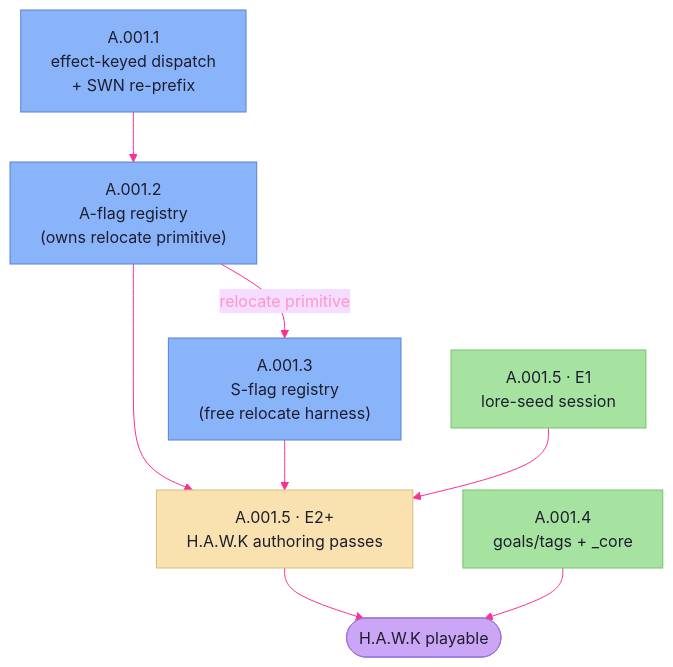
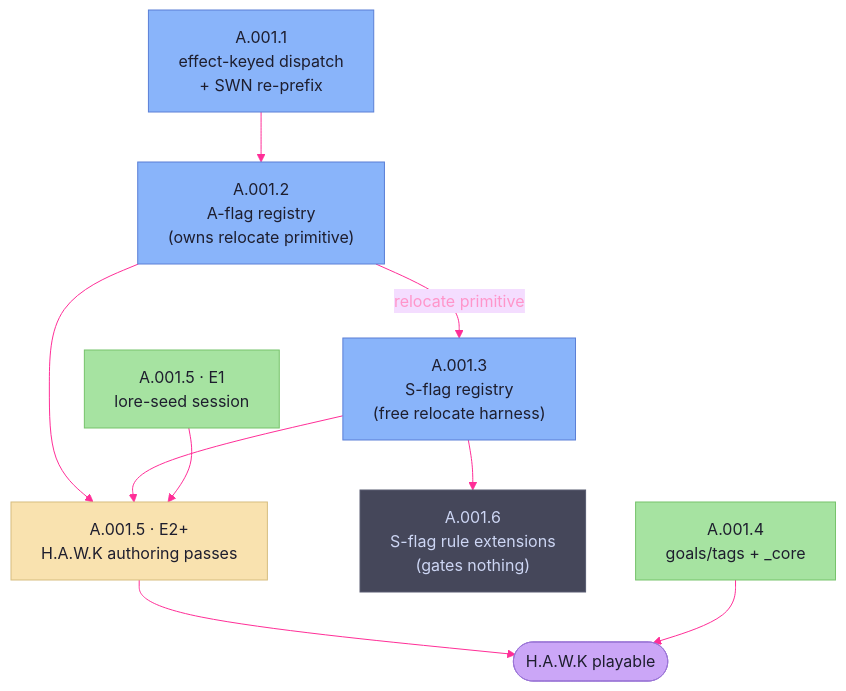
Before and after one commit to therobertcrocker/gm-toolkit: the diagram in docs/initiatives/arcs/data-driven-rulebook/data-driven-rulebook-arc-plan.md, drawn with Mermaid. The commit also changed other lines of this file and 36 other files, not shown here.

````diff
--- a/docs/initiatives/arcs/data-driven-rulebook/data-driven-rulebook-arc-plan.md
+++ b/docs/initiatives/arcs/data-driven-rulebook/data-driven-rulebook-arc-plan.md
@@ -33,31 +43,33 @@
 ```mermaid
 ---
 config:
   theme: base
   themeVariables:
     primaryTextColor: '#ff95ca'
     lineColor: '#ff2e97'
 ---
 flowchart TD
   Core["A.001.4<br>goals/tags + _core"]:::free
   Lore["A.001.5 · E1<br>lore-seed session"]:::free
   R018["A.001.1<br>effect-keyed dispatch<br>+ SWN re-prefix"]:::spine
   A["A.001.2<br>A-flag registry<br>(owns relocate primitive)"]:::spine
   S["A.001.3<br>S-flag registry<br>(free relocate harness)"]:::spine
+  Rules["A.001.6<br>S-flag rule extensions<br>(gates nothing)"]:::muted
   Author["A.001.5 · E2+<br>H.A.W.K authoring passes"]:::content
   Playable(["H.A.W.K playable"]):::milestone
 
   R018 --> A
   A -- "relocate primitive" --> S
   A --> Author
   S --> Author
+  S --> Rules
   Lore --> Author
   Author --> Playable
   Core --> Playable
 
   classDef spine     fill:#89b4fa,stroke:#5a7fd6,color:#1e1e2e
   classDef free      fill:#a6e3a1,stroke:#76c36b,color:#1e1e2e
   classDef content   fill:#f9e2af,stroke:#d6bd7f,color:#1e1e2e
   classDef milestone fill:#cba6f7,stroke:#9b76d6,color:#1e1e2e
   classDef muted     fill:#45475a,stroke:#585b70,color:#cdd6f4
 ```
````
